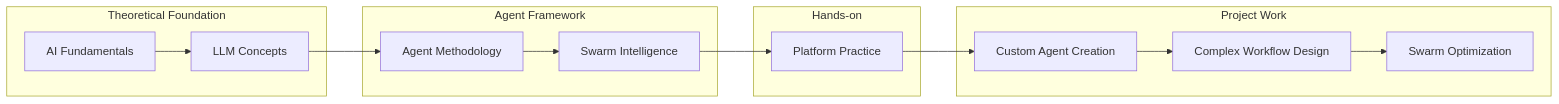
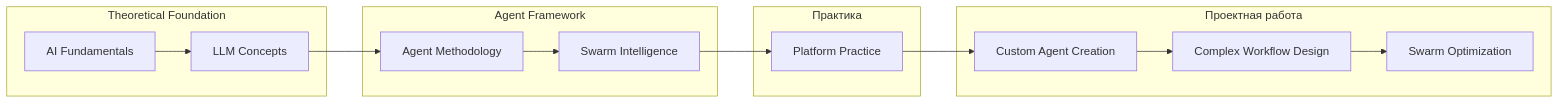
Before and after one commit to ivan-meer/ai-labs-project: the fourth of 4 diagrams in README.md, drawn with Mermaid. The commit also changed other lines of this file and 1 other file, not shown here.

````diff
--- a/README.md
+++ b/README.md
@@ -292,31 +292,31 @@
 ```mermaid
 graph LR
     A[AI Fundamentals] --> B[LLM Concepts]
     B --> C[Agent Methodology]
     C --> D[Swarm Intelligence]
     D --> E[Platform Practice]
     
     subgraph Theoretical Foundation
         A
         B
     end
     
     subgraph Agent Framework
         C
         D
     end
     
-    subgraph Hands-on
+    subgraph Практика
         E
     end
     
     E --> F[Custom Agent Creation]
     F --> G[Complex Workflow Design]
     G --> H[Swarm Optimization]
     
-    subgraph Project Work
+    subgraph Проектная работа
         F
         G
         H
     end
 ```
````
